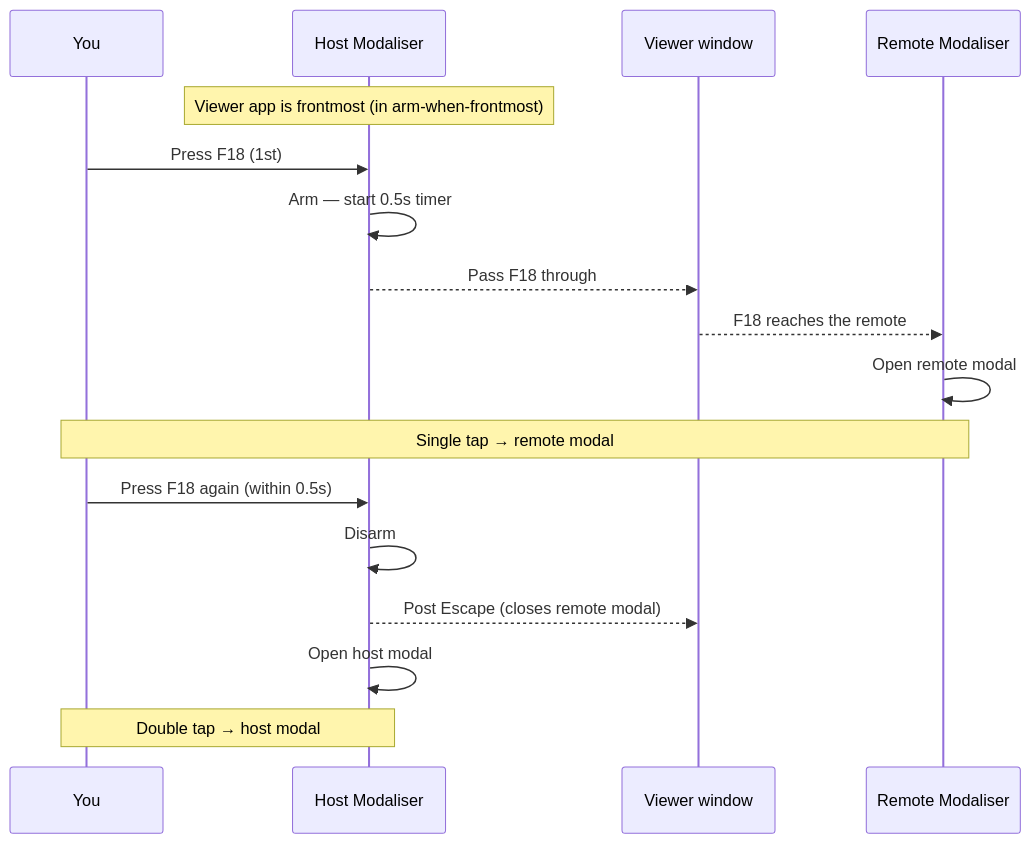
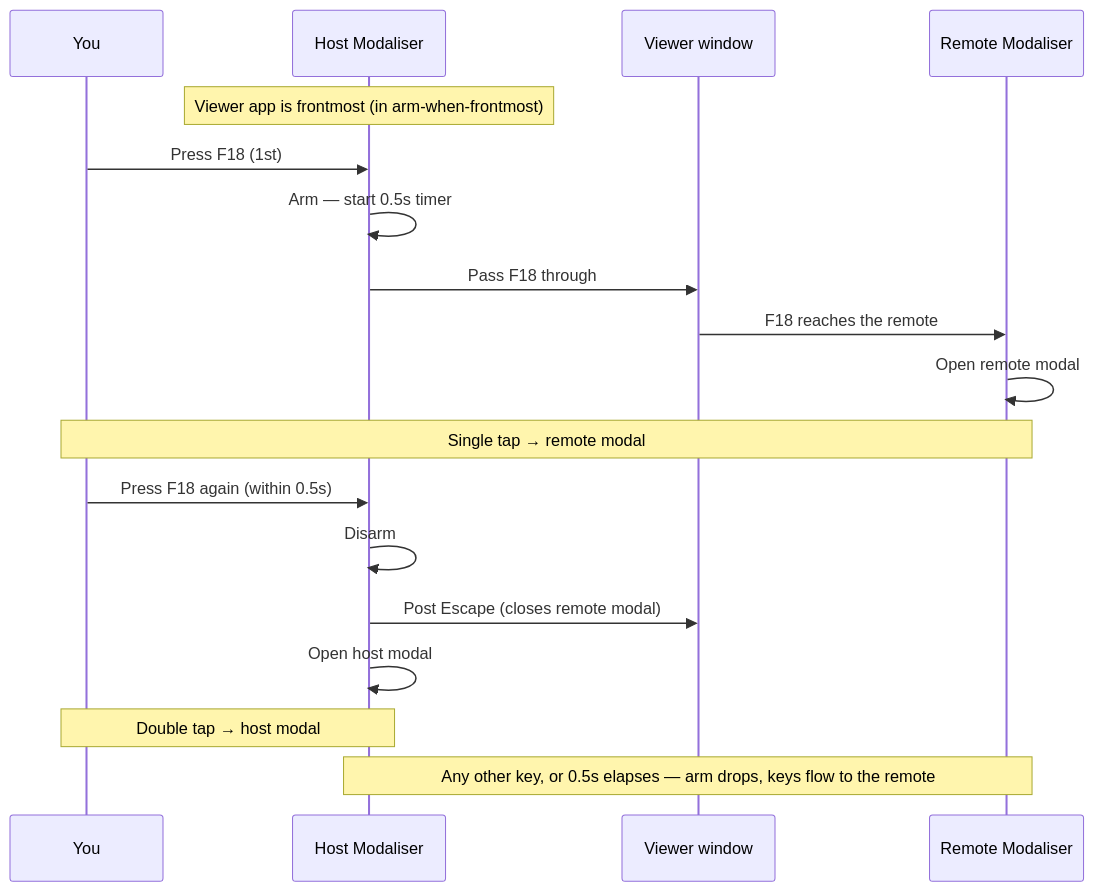
The diagram in docs/how-to/remote-desktop.md (Linkuistics/Modaliser), drawn with Mermaid before and after one commit. The commit also changed other lines of this file, not shown here.

Commit message:
docs(how-to): fix remote-desktop review findings

````diff
--- a/docs/how-to/remote-desktop.md
+++ b/docs/how-to/remote-desktop.md
@@ -50,19 +55,20 @@
 ```mermaid
 sequenceDiagram
     participant U as You
     participant H as Host Modaliser
     participant V as Viewer window
     participant R as Remote Modaliser
     Note over H: Viewer app is frontmost (in arm-when-frontmost)
     U->>H: Press F18 (1st)
     H->>H: Arm — start 0.5s timer
-    H-->>V: Pass F18 through
-    V-->>R: F18 reaches the remote
+    H->>V: Pass F18 through
+    V->>R: F18 reaches the remote
     R->>R: Open remote modal
     Note over U,R: Single tap → remote modal
     U->>H: Press F18 again (within 0.5s)
     H->>H: Disarm
-    H-->>V: Post Escape (closes remote modal)
+    H->>V: Post Escape (closes remote modal)
     H->>H: Open host modal
     Note over U,H: Double tap → host modal
+    Note over H,R: Any other key, or 0.5s elapses — arm drops, keys flow to the remote
 ```
````
